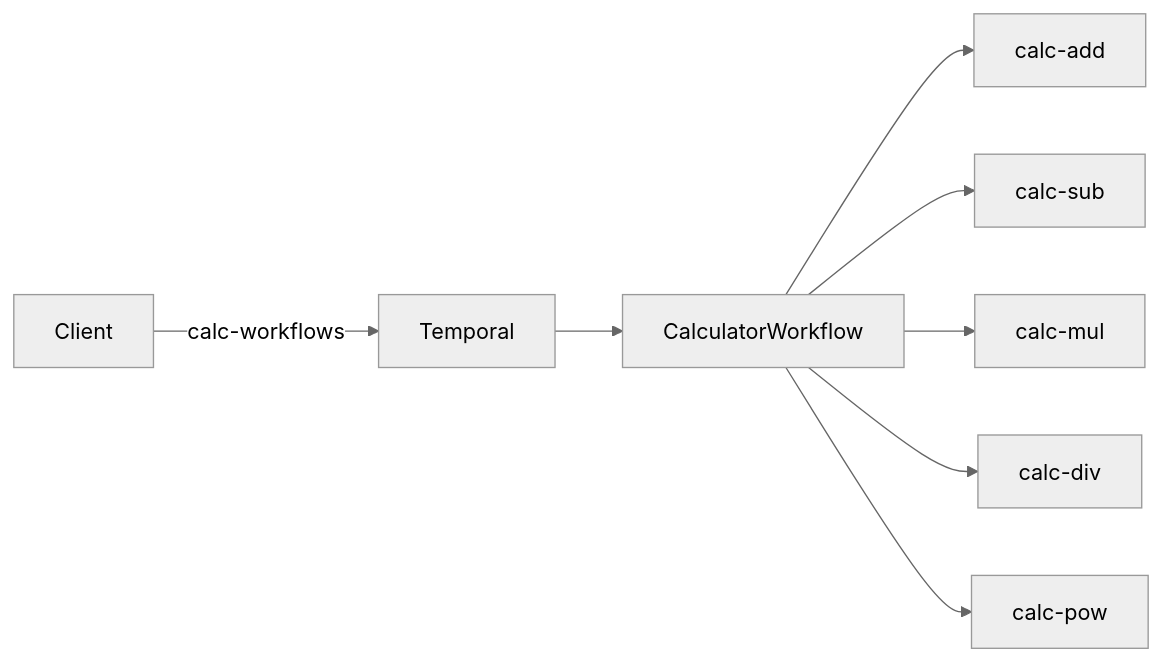
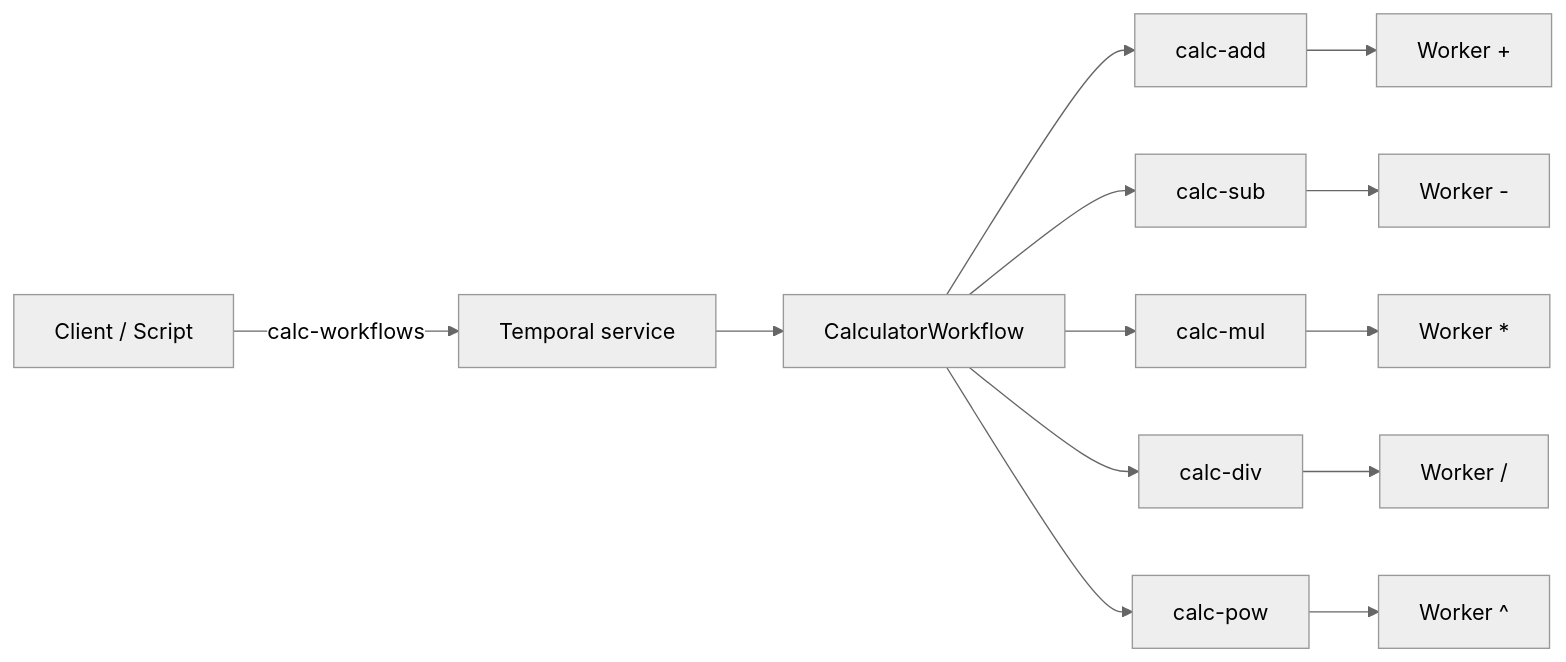
One commit to achaykovsky/temporal-worker-sdk-k8s changed the diagram in README.md. Above: the diagram before and after it, drawn with Mermaid (neutral theme). The commit also changed other lines of this file, not shown here.

Commit message:
Revise README.md to clarify workflow topology, detailing the roles of six workers and their interactions with the client and Temporal service. Update the diagram for better visualization and include a section on decision tradeoffs related to worker architecture. This enhances understanding of the system's structure and decision-making processes.

````diff
--- a/README.md
+++ b/README.md
@@ -165,10 +165,15 @@
 ```mermaid
 flowchart LR
-  Client[Client] -->|calc-workflows| Temporal[Temporal]
+  Client[Client / Script] -->|calc-workflows| Temporal[Temporal service]
   Temporal --> W[CalculatorWorkflow]
   W --> QAdd[calc-add]
   W --> QSub[calc-sub]
   W --> QMul[calc-mul]
   W --> QDiv[calc-div]
   W --> QPow[calc-pow]
+  QAdd --> WA[Worker +]
+  QSub --> WB[Worker -]
+  QMul --> WC[Worker *]
+  QDiv --> WD[Worker /]
+  QPow --> WE[Worker ^]
 ```
````
